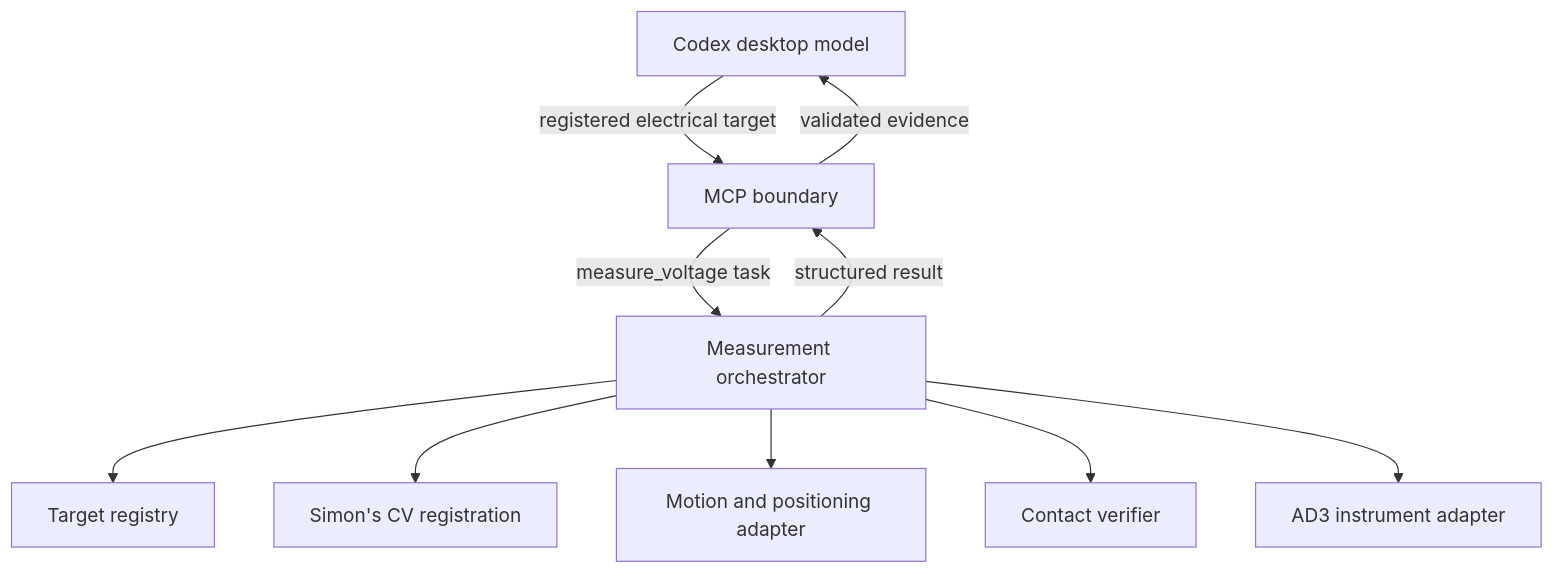
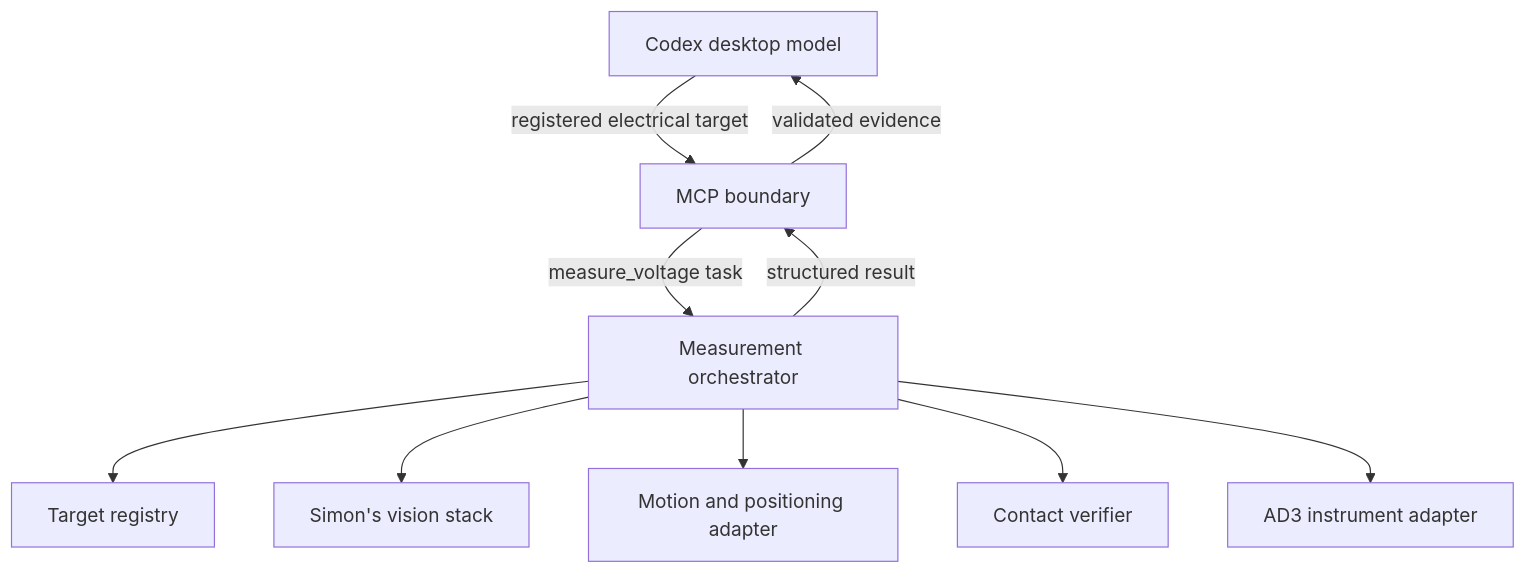
The diagram in ARCHITECTURE.md (mutms7/hardware-troubleshooter), drawn with Mermaid before and after one commit. The commit also changed other lines of this file and 3 other files, not shown here.

First line of the commit message:
Document the vision stack

````diff
--- a/ARCHITECTURE.md
+++ b/ARCHITECTURE.md
@@ -7,12 +7,12 @@
 ```mermaid
 flowchart TD
     H[Codex desktop model] -->|registered electrical target| M[MCP boundary]
     M -->|measure_voltage task| O[Measurement orchestrator]
     O --> R[Target registry]
-    O --> C[Simon's CV registration]
+    O --> C[Simon's vision stack]
     O --> A[Motion and positioning adapter]
     O --> V[Contact verifier]
     O --> I[AD3 instrument adapter]
     O -->|structured result| M
     M -->|validated evidence| H
 ```
````
